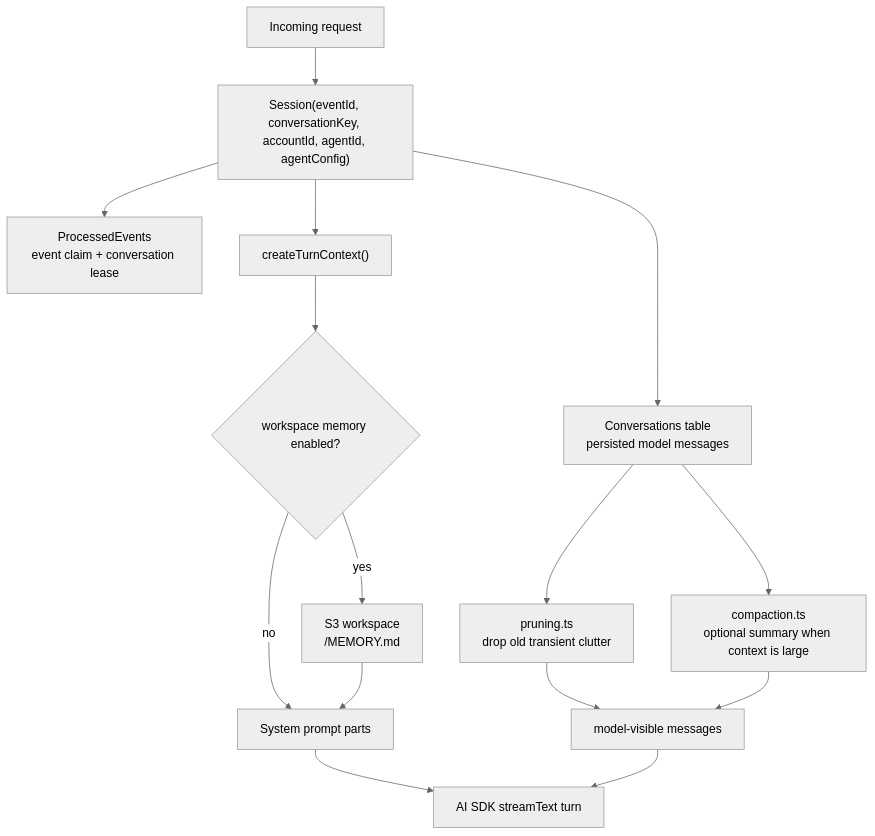
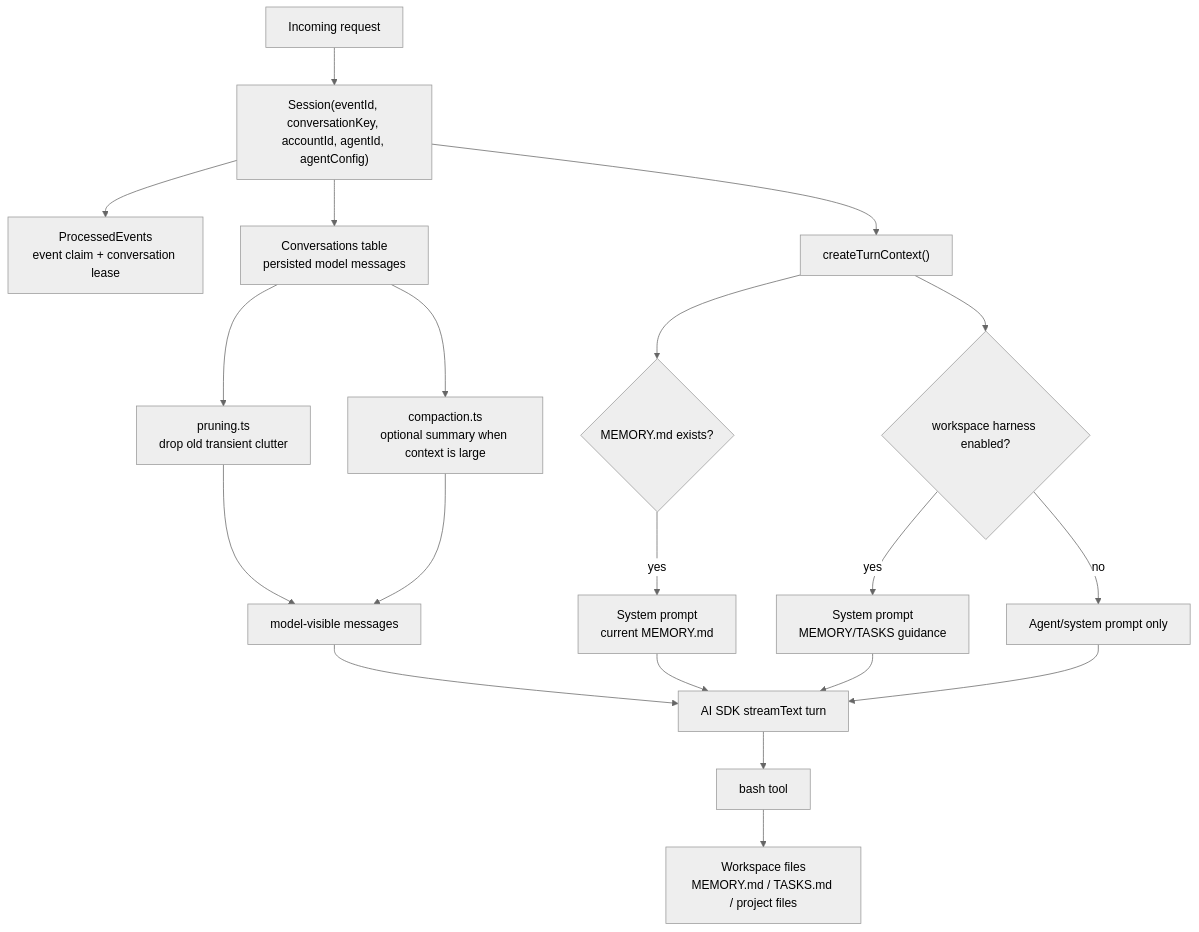
One commit to beeblastco/broods changed the first of 3 diagrams in docs/workspace/memory-and-session.md. Above: the diagram before and after it, drawn with Mermaid (neutral theme). The commit also changed other lines of this file and 41 other files, not shown here.

First line of the commit message:
feat: stage skills into sandbox with publish-back, drop memory/tasks tools

````diff
--- a/docs/workspace/memory-and-session.md
+++ b/docs/workspace/memory-and-session.md
@@ -12,17 +12,22 @@
 ```mermaid
 flowchart TD
   Request["Incoming request"] --> Session["Session(eventId, conversationKey, accountId, agentId, agentConfig)"]
   Session --> Claim["ProcessedEvents<br/>event claim + conversation lease"]
   Session --> History["Conversations table<br/>persisted model messages"]
   Session --> Context["createTurnContext()"]
-  Context --> MemoryEnabled{"workspace memory enabled?"}
-  MemoryEnabled -->|"yes"| Memory["S3 workspace<br/><namespace>/MEMORY.md"]
-  MemoryEnabled -->|"no"| Prompt["System prompt parts"]
-  Memory --> Prompt
+  Context --> Memory{"MEMORY.md exists?"}
+  Memory -->|"yes"| MemoryPrompt["System prompt<br/>current MEMORY.md"]
+  Context --> HarnessPrompt{"workspace harness enabled?"}
+  HarnessPrompt -->|"yes"| Prompt["System prompt<br/>MEMORY/TASKS guidance"]
+  HarnessPrompt -->|"no"| Custom["Agent/system prompt only"]
   History --> Prune["pruning.ts<br/>drop old transient clutter"]
   History --> Compact["compaction.ts<br/>optional summary when context is large"]
   Prune --> ModelMessages["model-visible messages"]
   Compact --> ModelMessages
   Prompt --> Turn["AI SDK streamText turn"]
+  MemoryPrompt --> Turn
+  Custom --> Turn
   ModelMessages --> Turn
+  Turn --> Bash["bash tool"]
+  Bash --> Files["Workspace files<br/>MEMORY.md / TASKS.md / project files"]
 ```
````
